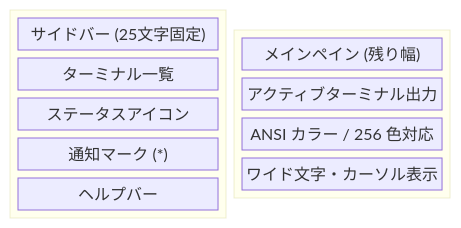
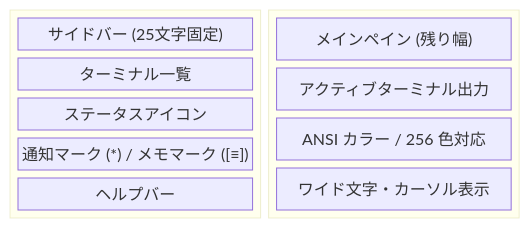
Before and after one commit to Kobayashi-takumi/cli-manager: the second of 6 diagrams in README.md, drawn with Mermaid. The commit also changed other lines of this file and 11 other files, not shown here.

````diff
--- a/README.md
+++ b/README.md
@@ -160,19 +188,19 @@
 ```mermaid
 block-beta
     columns 2
     block:sidebar:1
         columns 1
         A["サイドバー (25文字固定)"]
         B["ターミナル一覧"]
         C["ステータスアイコン"]
-        D["通知マーク (*)"]
+        D["通知マーク (*) / メモマーク ([≡])"]
         E["ヘルプバー"]
     end
     block:main:1
         columns 1
         F["メインペイン (残り幅)"]
         G["アクティブターミナル出力"]
         H["ANSI カラー / 256 色対応"]
         I["ワイド文字・カーソル表示"]
     end
 ```
````
